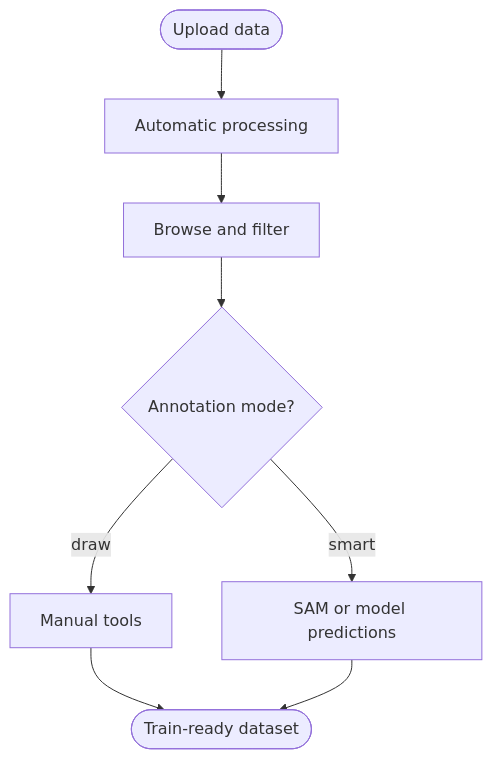
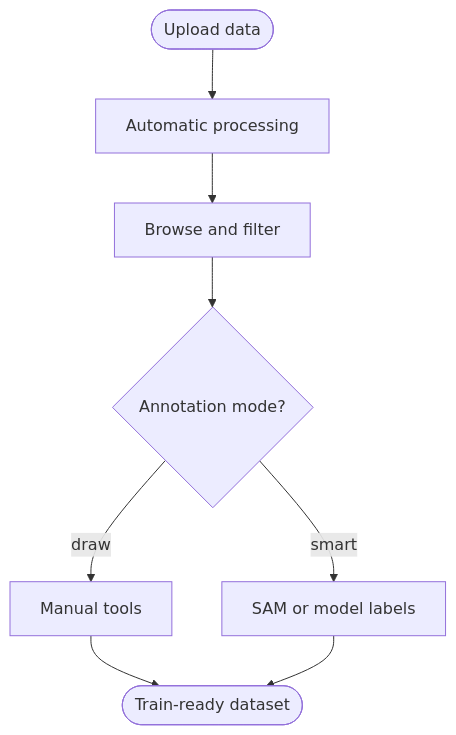
Before and after one commit to ultralytics/ultralytics: the second of 3 diagrams in docs/en/platform/index.md, drawn with Mermaid. The commit also changed 6 other files, not shown here.

First line of the commit message:
Fit Mermaid diagrams to phone width in the site renderer

````diff
--- a/docs/en/platform/index.md
+++ b/docs/en/platform/index.md
@@ -83,10 +83,10 @@
 ```mermaid
 flowchart TD
     A([Upload data]) --> B[Automatic processing]
     B --> C[Browse and filter]
     C --> D{Annotation mode?}
     D -->|draw| E[Manual tools]
-    D -->|smart| F[SAM or model predictions]
+    D -->|smart| F[SAM or model labels]
     E --> G([Train-ready dataset])
     F --> G
 ```
````
